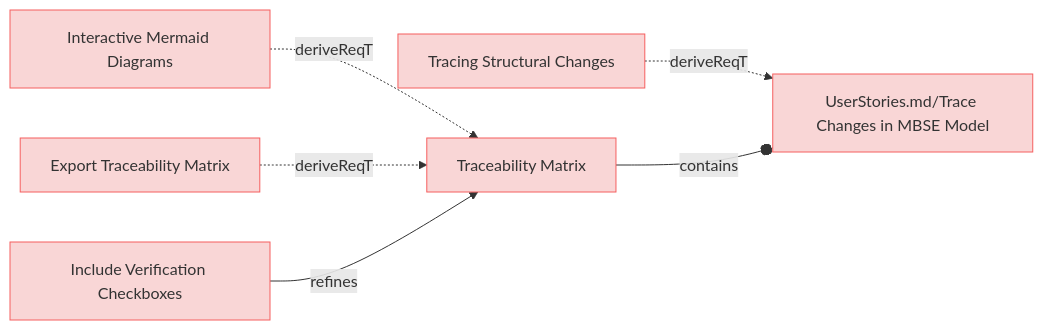
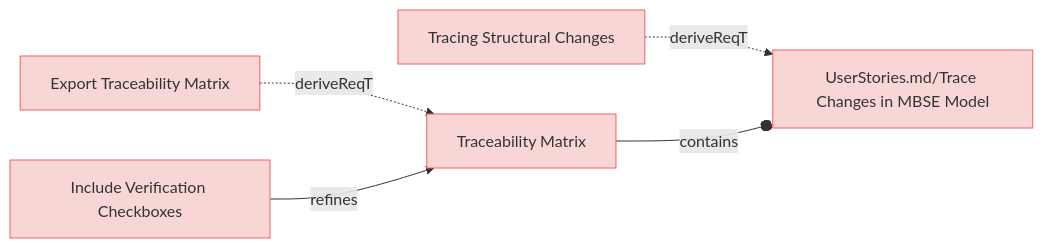
The sixth of 8 diagrams in specifications/UserRequirements.md (reqvire-org/reqvire), drawn with Mermaid before and after one commit. The commit also changed other lines of this file and 37 other files, not shown here.

Commit message:
Allow diagrams with blobs links when configured.

````diff
--- a/specifications/UserRequirements.md
+++ b/specifications/UserRequirements.md
@@ -448,32 +401,28 @@
 ```mermaid
 graph LR;
   %% Graph styling
   classDef requirement fill:#f9d6d6,stroke:#f55f5f,stroke-width:1px;
   classDef verification fill:#d6f9d6,stroke:#5fd75f,stroke-width:1px;
   classDef externalLink fill:#d0e0ff,stroke:#3080ff,stroke-width:1px;
   classDef default fill:#f5f5f5,stroke:#333333,stroke-width:1px;
 
-  9b9c33c7182d6eeb["Tracing Structural Changes"];
-  click 9b9c33c7182d6eeb "UserRequirements.md#tracing-structural-changes";
-  class 9b9c33c7182d6eeb requirement;
-  2591b90e1fb90daa["UserStories.md/Trace Changes in MBSE Model"];
-  class 2591b90e1fb90daa requirement;
-  click 2591b90e1fb90daa "UserStories.md#trace-changes-in-mbse-model";
-  9b9c33c7182d6eeb -.->|deriveReqT| 2591b90e1fb90daa;
-  b8997351b6f34048["Interactive Mermaid Diagrams"];
-  click b8997351b6f34048 "UserRequirements.md#interactive-mermaid-diagrams";
-  class b8997351b6f34048 requirement;
-  c5b8a7944b6943e2["Traceability Matrix"];
-  class c5b8a7944b6943e2 requirement;
-  click c5b8a7944b6943e2 "UserRequirements.md#traceability-matrix";
-  b8997351b6f34048 -.->|deriveReqT| c5b8a7944b6943e2;
-  92ab92840dee10a5["Export Traceability Matrix"];
-  click 92ab92840dee10a5 "UserRequirements.md#export-traceability-matrix";
-  class 92ab92840dee10a5 requirement;
-  92ab92840dee10a5 -.->|deriveReqT| c5b8a7944b6943e2;
-  4bedae4112e254b["Include Verification Checkboxes"];
-  click 4bedae4112e254b "UserRequirements.md#include-verification-checkboxes";
-  class 4bedae4112e254b requirement;
-  4bedae4112e254b -->|refines| c5b8a7944b6943e2;
-  c5b8a7944b6943e2 --o|contains| 2591b90e1fb90daa;
+  d7b7b13a5b8d96e1["Tracing Structural Changes"];
+  click d7b7b13a5b8d96e1 "specifications/UserRequirements.md#tracing-structural-changes#tracing-structural-changes";
+  class d7b7b13a5b8d96e1 requirement;
+  5ef9c8ae19a9f55a["UserStories.md/Trace Changes in MBSE Model"];
+  class 5ef9c8ae19a9f55a requirement;
+  click 5ef9c8ae19a9f55a "specifications/UserStories.md#trace-changes-in-mbse-model#trace-changes-in-mbse-model";
+  d7b7b13a5b8d96e1 -.->|deriveReqT| 5ef9c8ae19a9f55a;
+  7de9a55d6102af23["Export Traceability Matrix"];
+  click 7de9a55d6102af23 "specifications/UserRequirements.md#export-traceability-matrix#export-traceability-matrix";
+  class 7de9a55d6102af23 requirement;
+  4e30ea0930dc9c26["Traceability Matrix"];
+  class 4e30ea0930dc9c26 requirement;
+  click 4e30ea0930dc9c26 "specifications/UserRequirements.md#traceability-matrix#traceability-matrix";
+  7de9a55d6102af23 -.->|deriveReqT| 4e30ea0930dc9c26;
+  6d32b919c82784b7["Include Verification Checkboxes"];
+  click 6d32b919c82784b7 "specifications/UserRequirements.md#include-verification-checkboxes#include-verification-checkboxes";
+  class 6d32b919c82784b7 requirement;
+  6d32b919c82784b7 -->|refines| 4e30ea0930dc9c26;
+  4e30ea0930dc9c26 --o|contains| 5ef9c8ae19a9f55a;
 ```
````
